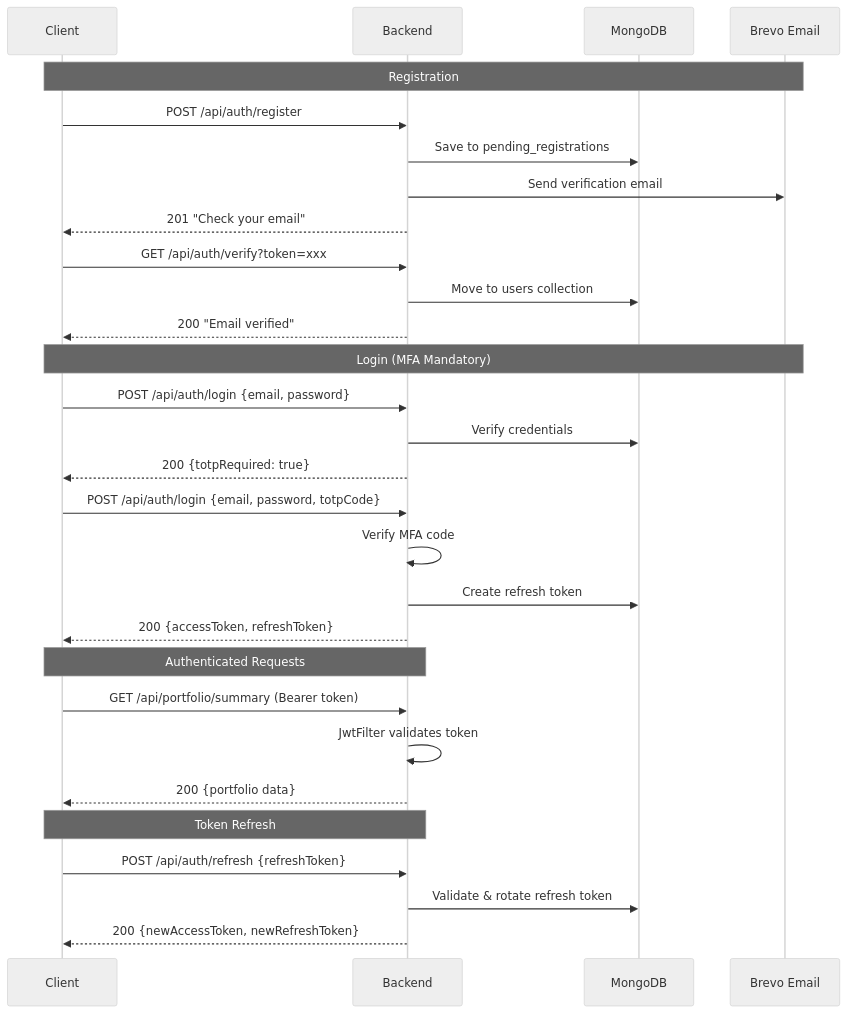
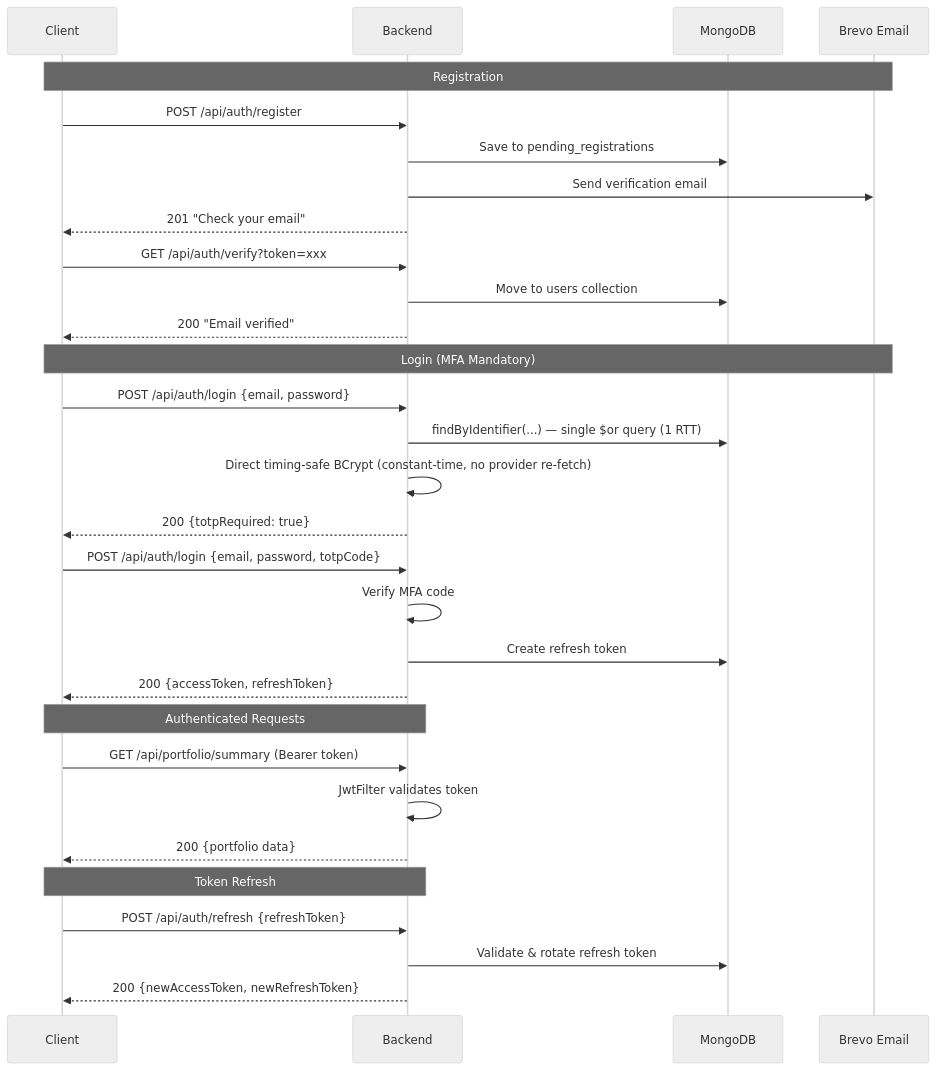
Before and after one commit to urvagandhi/coinTrack: the third of 12 diagrams in README.md, drawn with Mermaid (neutral theme). The commit also changed other lines of this file and 11 other files, not shown here.

````diff
--- a/README.md
+++ b/README.md
@@ -164,37 +164,38 @@
 ```mermaid
 sequenceDiagram
     participant C as Client
     participant B as Backend
     participant DB as MongoDB
     participant E as Brevo Email
 
     Note over C,E: Registration
     C->>B: POST /api/auth/register
     B->>DB: Save to pending_registrations
     B->>E: Send verification email
     B-->>C: 201 "Check your email"
 
     C->>B: GET /api/auth/verify?token=xxx
     B->>DB: Move to users collection
     B-->>C: 200 "Email verified"
 
     Note over C,E: Login (MFA Mandatory)
     C->>B: POST /api/auth/login {email, password}
-    B->>DB: Verify credentials
+    B->>DB: findByIdentifier(...) — single $or query (1 RTT)
+    B->>B: Direct timing-safe BCrypt (constant-time, no provider re-fetch)
     B-->>C: 200 {totpRequired: true}
 
     C->>B: POST /api/auth/login {email, password, totpCode}
     B->>B: Verify MFA code
     B->>DB: Create refresh token
     B-->>C: 200 {accessToken, refreshToken}
 
     Note over C,B: Authenticated Requests
     C->>B: GET /api/portfolio/summary (Bearer token)
     B->>B: JwtFilter validates token
     B-->>C: 200 {portfolio data}
 
     Note over C,B: Token Refresh
     C->>B: POST /api/auth/refresh {refreshToken}
     B->>DB: Validate & rotate refresh token
     B-->>C: 200 {newAccessToken, newRefreshToken}
 ```
````
